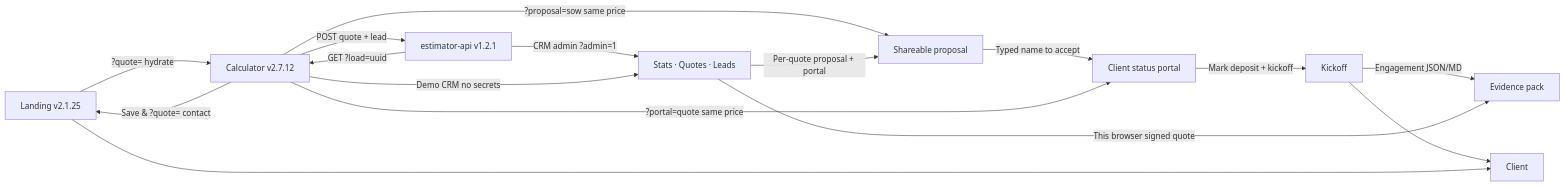
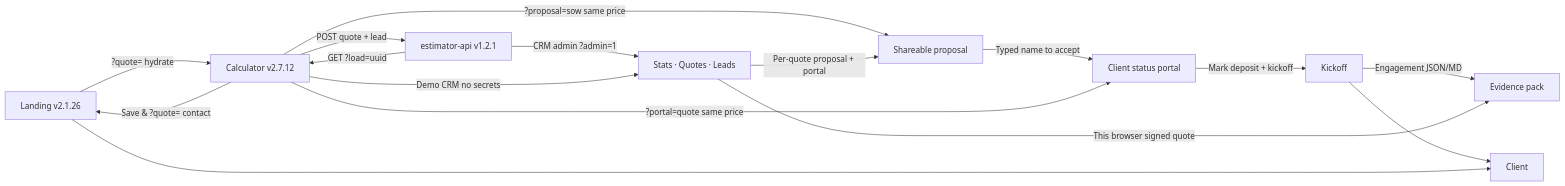
The diagram in README.md (pixellayer7-jpg/pixellayer7-jpg), drawn with Mermaid before and after one commit. The commit also changed other lines of this file and 4 other files, not shown here.

````diff
--- a/README.md
+++ b/README.md
@@ -21,18 +21,18 @@
 ```mermaid
 flowchart LR
-  A[Landing v2.1.25] -->|?quote= hydrate| B[Calculator v2.7.12]
+  A[Landing v2.1.26] -->|?quote= hydrate| B[Calculator v2.7.12]
   B -->|Save & ?quote= contact| A
   B -->|?proposal=sow same price| R[Shareable proposal]
   R -->|Typed name to accept| P[Client status portal]
   P -->|Mark deposit + kickoff| K[Kickoff]
   K -->|Engagement JSON/MD| X[Evidence pack]
   B -->|?portal=quote same price| P
   B -->|POST quote + lead| D[estimator-api v1.2.1]
   D -->|CRM admin ?admin=1| E[Stats · Quotes · Leads]
   B -->|Demo CRM no secrets| E
   E -->|This browser signed quote| X
   E -->|Per-quote proposal + portal| R
   K --> F[Client]
   D -->|GET ?load=uuid| B
   A --> F[Client]
 ```
````
